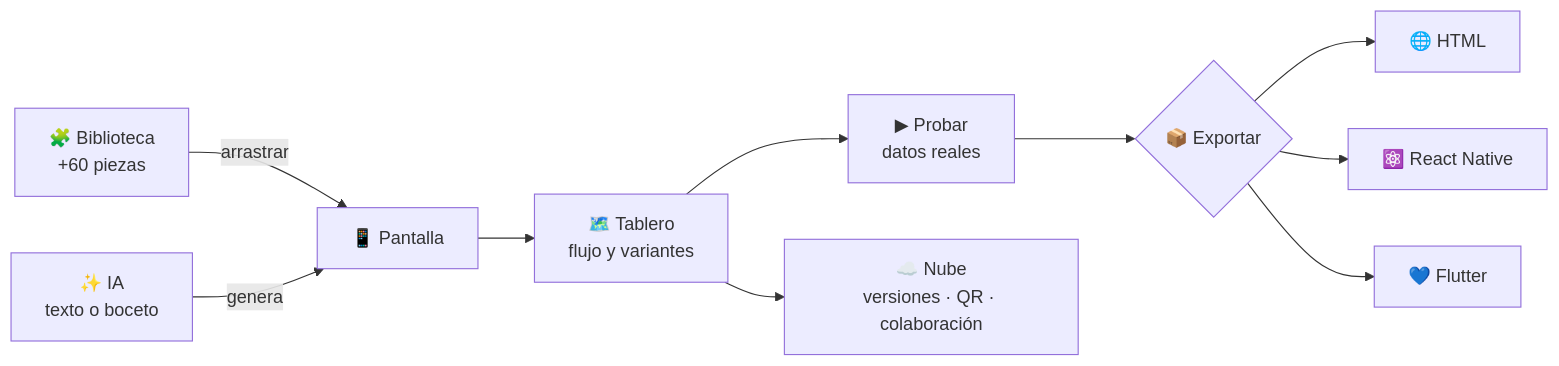
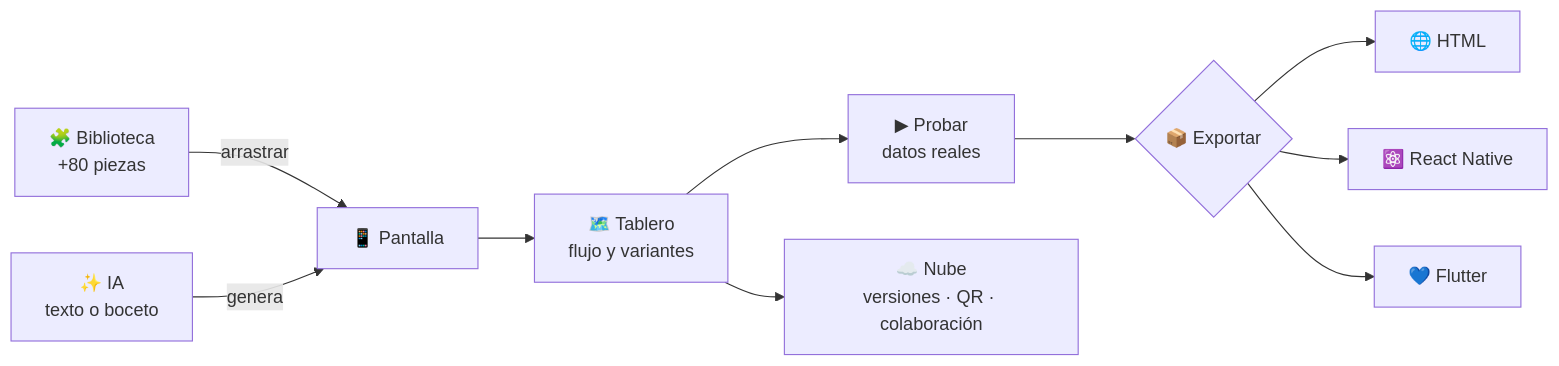
Before and after one commit to fleremiasflemin20-maker/encaja-studio-demo: the diagram in README.md, drawn with Mermaid. The commit also changed other lines of this file and 3 other files, not shown here.

Commit message:
Encaja Studio 4.5: Biblioteca Pro (21 estilos, color OKLCH, 22 piezas, herramientas de diseño y movimiento)

````diff
--- a/README.md
+++ b/README.md
@@ -238,12 +238,12 @@
 ```mermaid
 flowchart LR
-    A["🧩 Biblioteca<br/>+60 piezas"] -->|arrastrar| B["📱 Pantalla"]
+    A["🧩 Biblioteca<br/>+80 piezas"] -->|arrastrar| B["📱 Pantalla"]
     I["✨ IA<br/>texto o boceto"] -->|genera| B
     B --> T["🗺️ Tablero<br/>flujo y variantes"]
     T --> P["▶ Probar<br/>datos reales"]
     P --> E{"📦 Exportar"}
     E --> H["🌐 HTML"]
     E --> R["⚛️ React Native"]
     E --> F["💙 Flutter"]
     T --> N["☁️ Nube<br/>versiones · QR · colaboración"]
 ```
````
